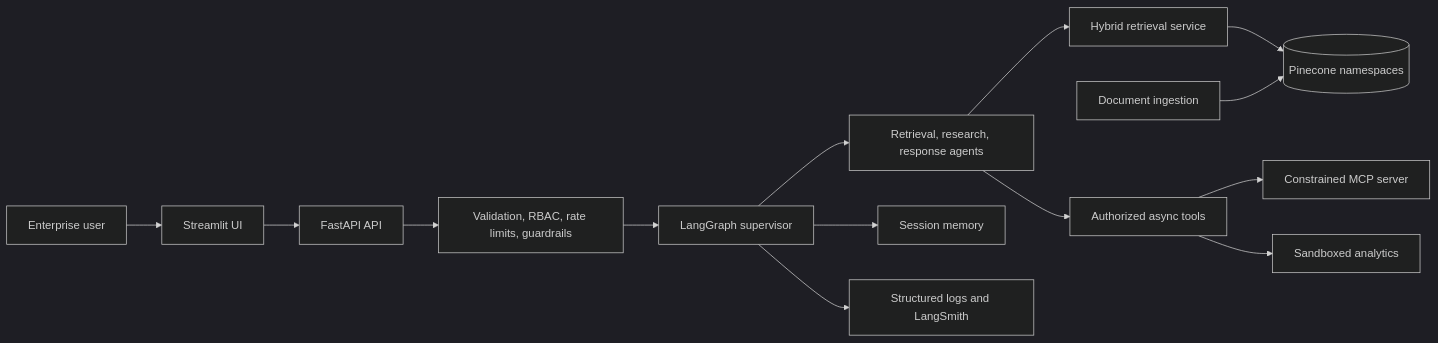
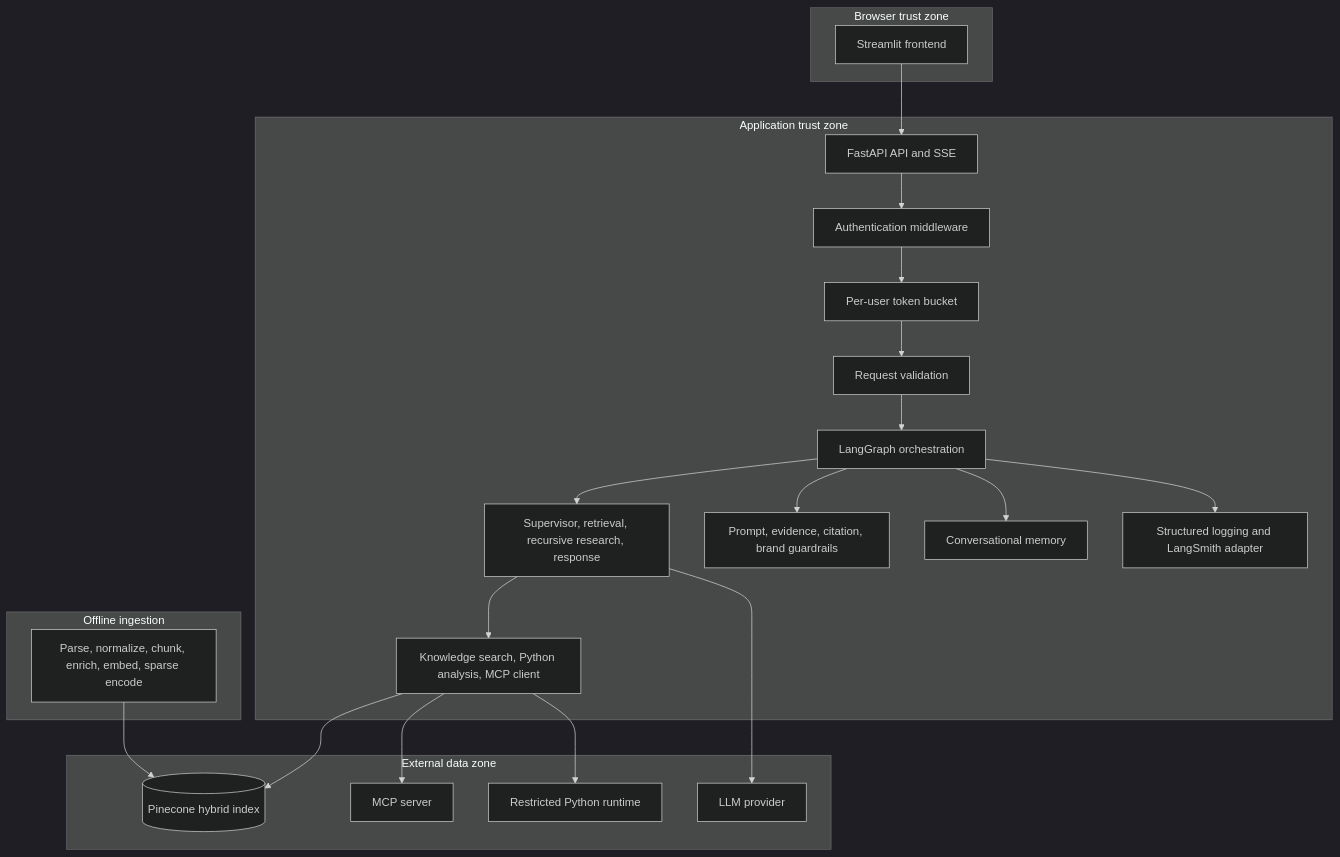
Before and after one commit to dakshina-d/enterprise-ai-knowledge-assistant: the second of 5 diagrams in docs/architecture.md, drawn with Mermaid (dark theme). The commit also changed other lines of this file and 13 other files, not shown here.

Commit message:
docs: finalize architecture and implementation roadmap

````diff
--- a/docs/architecture.md
+++ b/docs/architecture.md
@@ -7,16 +31,37 @@
 ```mermaid
-flowchart LR
-    User[Enterprise user] --> UI[Streamlit UI]
-    UI --> API[FastAPI API]
-    API --> Security[Validation, RBAC, rate limits, guardrails]
-    Security --> Graph[LangGraph supervisor]
-    Graph --> Agents[Retrieval, research, response agents]
-    Agents --> Retrieval[Hybrid retrieval service]
-    Retrieval --> Pinecone[(Pinecone namespaces)]
-    Agents --> Tools[Authorized async tools]
-    Tools --> MCP[Constrained MCP server]
-    Tools --> Python[Sandboxed analytics]
-    Graph --> Memory[Session memory]
-    Graph --> Observability[Structured logs and LangSmith]
-    Ingestion[Document ingestion] --> Pinecone
+flowchart TB
+    subgraph Browser[Browser trust zone]
+        UI[Streamlit frontend]
+    end
+    subgraph Application[Application trust zone]
+        API[FastAPI API and SSE]
+        Auth[Authentication middleware]
+        Rate[Per-user token bucket]
+        Validate[Request validation]
+        Graph[LangGraph orchestration]
+        Agents[Supervisor, retrieval, recursive research, response]
+        Tools[Knowledge search, Python analysis, MCP client]
+        Guard[Prompt, evidence, citation, brand guardrails]
+        Memory[Conversational memory]
+        Obs[Structured logging and LangSmith adapter]
+    end
+    subgraph Data[External data zone]
+        Pinecone[(Pinecone hybrid index)]
+        MCP[MCP server]
+        Python[Restricted Python runtime]
+        Provider[LLM provider]
+    end
+    subgraph Offline[Offline ingestion]
+        Ingest[Parse, normalize, chunk, enrich, embed, sparse encode]
+    end
+    UI --> API --> Auth --> Rate --> Validate --> Graph
+    Graph --> Agents --> Tools
+    Graph --> Guard
+    Graph --> Memory
+    Graph --> Obs
+    Agents --> Provider
+    Tools --> Pinecone
+    Tools --> MCP
+    Tools --> Python
+    Ingest --> Pinecone
 ```
````
